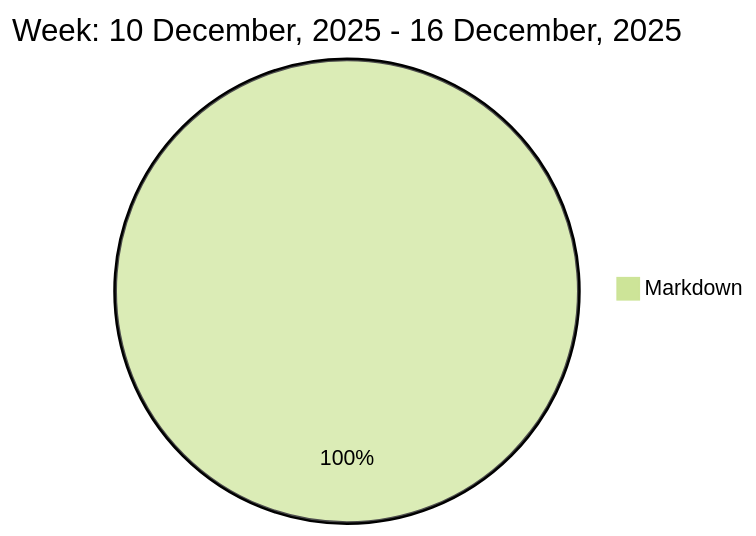
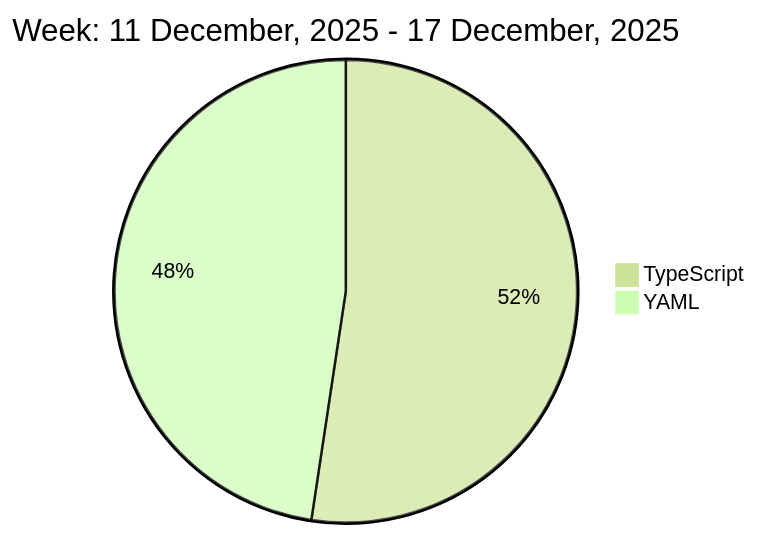
The diagram in README.md (liubin95/liubin95), drawn with Mermaid (forest theme) before and after one commit.

Commit message:
Updated the Graph with new Metrics

````diff
--- a/README.md
+++ b/README.md
@@ -37,5 +37,6 @@
 ```mermaid
  pie
-title Week: 10 December, 2025 - 16 December, 2025
- "Markdown" : 0.83
+title Week: 11 December, 2025 - 17 December, 2025
+ "TypeScript" : 1.1
+ "YAML" : 1.0
 ```
````
